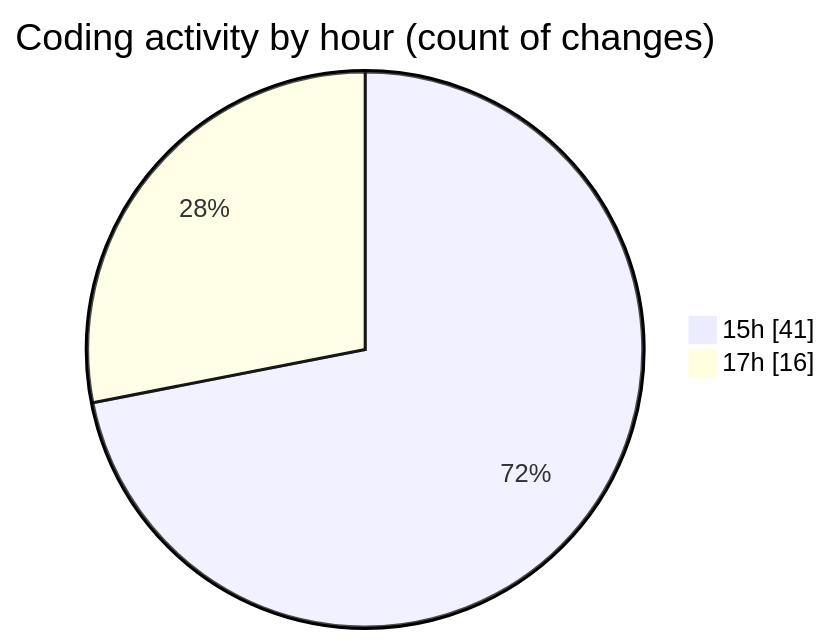
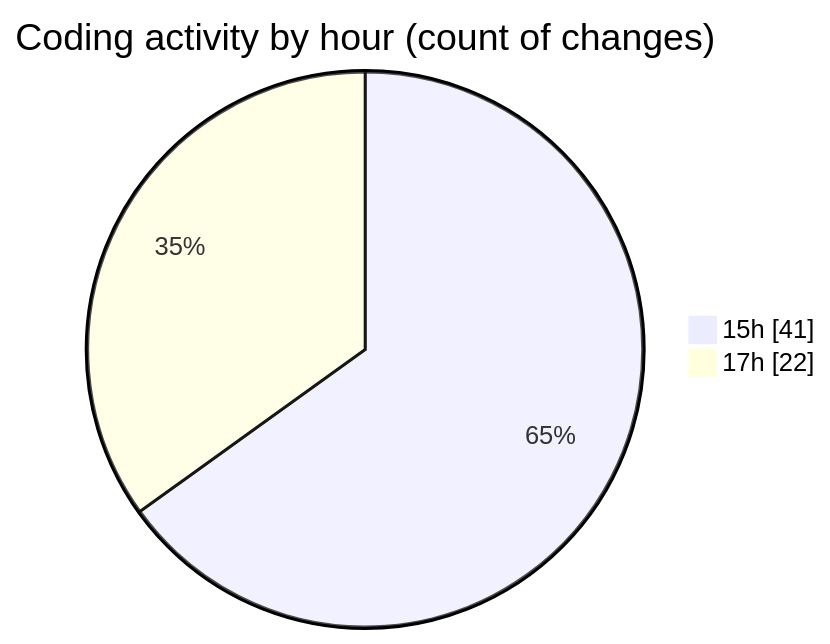
Before and after one commit to Netris89/code-tracking: the second of 2 diagrams in 2025-10-26/skintrack/README.md, drawn with Mermaid. The commit also changed other lines of this file and 1 other file, not shown here.

````diff
--- a/2025-10-26/skintrack/README.md
+++ b/2025-10-26/skintrack/README.md
@@ -36,6 +36,6 @@
 ```mermaid
 pie showData
 title Coding activity by hour (count of changes)
 "15h" : 41
-"17h" : 16
+"17h" : 22
 ```
````
